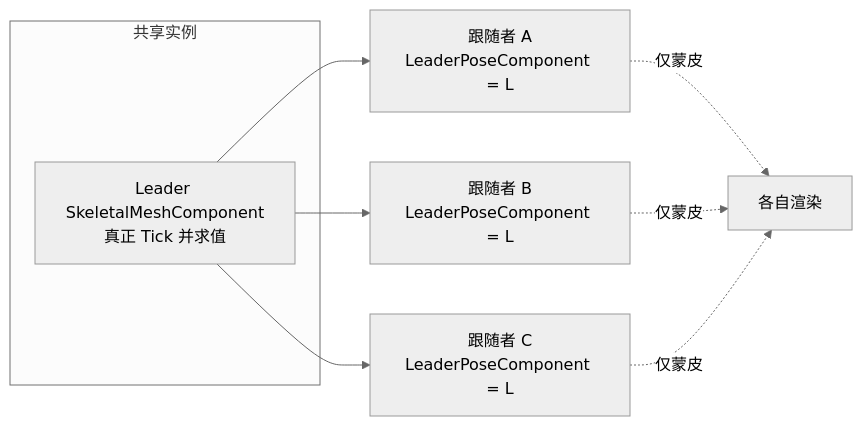
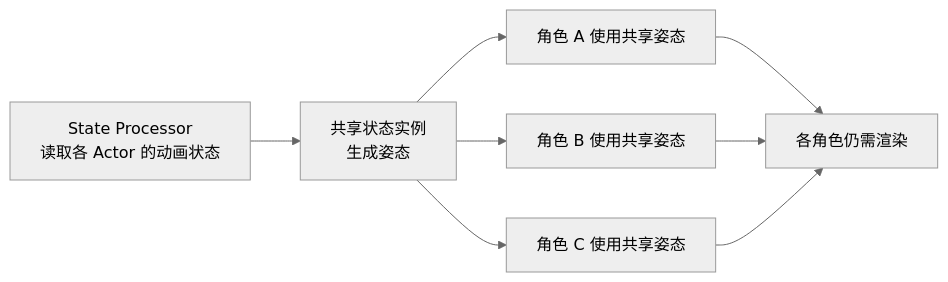
Before and after one commit to fantuan812/learning: the fifth of 5 diagrams in 知识/04-图形动画与物理仿真/动画求值与角色表现/04-动画性能与预算分配.md, drawn with Mermaid (neutral theme). The commit also changed other lines of this file and 2 other files, not shown here.

````diff
--- a/知识/04-图形动画与物理仿真/动画求值与角色表现/04-动画性能与预算分配.md
+++ b/知识/04-图形动画与物理仿真/动画求值与角色表现/04-动画性能与预算分配.md
@@ -293,15 +241,10 @@
 ```mermaid
 flowchart LR
-    subgraph 共享实例
-        L[Leader SkeletalMeshComponent<br/>真正 Tick 并求值]
-    end
-    F1[跟随者 A<br/>LeaderPoseComponent = L]
-    F2[跟随者 B<br/>LeaderPoseComponent = L]
-    F3[跟随者 C<br/>LeaderPoseComponent = L]
-    L --> F1
-    L --> F2
-    L --> F3
-    F1 -.仅蒙皮.-> R[各自渲染]
-    F2 -.仅蒙皮.-> R
-    F3 -.仅蒙皮.-> R
+    P[State Processor<br/>读取各 Actor 的动画状态] --> L[共享状态实例<br/>生成姿态]
+    L --> F1[角色 A 使用共享姿态]
+    L --> F2[角色 B 使用共享姿态]
+    L --> F3[角色 C 使用共享姿态]
+    F1 --> R[各角色仍需渲染]
+    F2 --> R
+    F3 --> R
 ```
````
